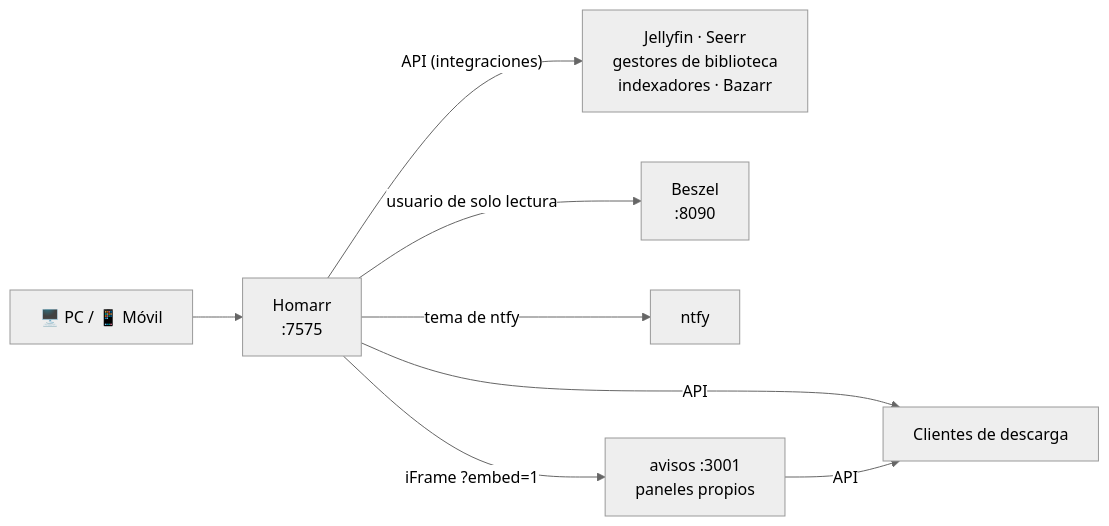
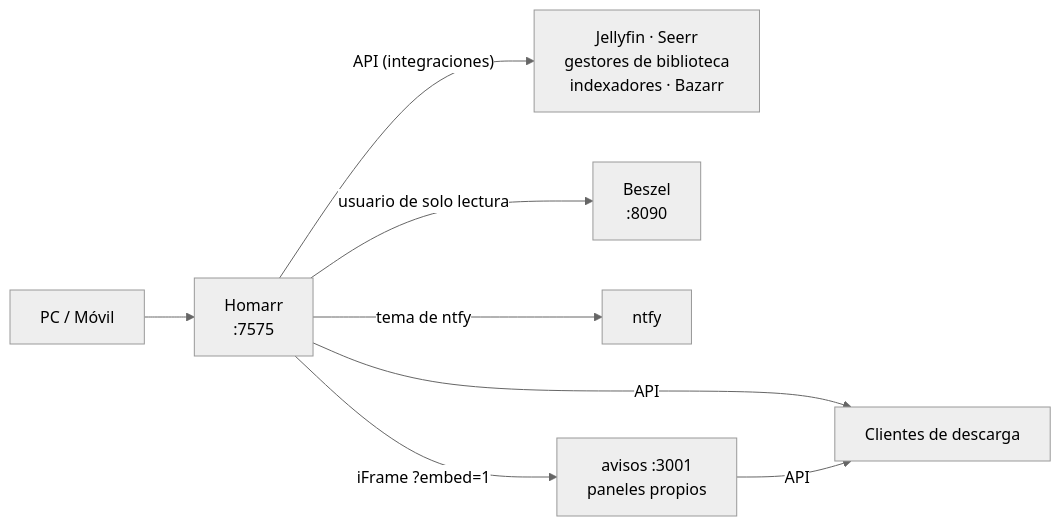
The diagram in docs/05-panel-homarr.md (m0uwastaken/homelab), drawn with Mermaid (neutral theme) before and after one commit. The commit also changed 8 other files, not shown here.

First line of the commit message:
Actualiza el diagrama de red con el switch y quita los emojis de los diagramas

````diff
--- a/docs/05-panel-homarr.md
+++ b/docs/05-panel-homarr.md
@@ -48,10 +48,10 @@
 ```mermaid
 flowchart LR
-    NAV["🖥️ PC / 📱 Móvil"] --> H["Homarr<br/>:7575"]
+    NAV["PC / Móvil"] --> H["Homarr<br/>:7575"]
     H -->|"API (integraciones)"| APPS["Jellyfin · Seerr<br/>gestores de biblioteca<br/>indexadores · Bazarr"]
     H -->|"API"| DL["Clientes de descarga"]
     H -->|"usuario de solo lectura"| BZ["Beszel<br/>:8090"]
     H -->|"tema de ntfy"| NT["ntfy"]
     H -->|"iFrame ?embed=1"| AV["avisos :3001<br/>paneles propios"]
     AV -->|"API"| DL
 ```
````
